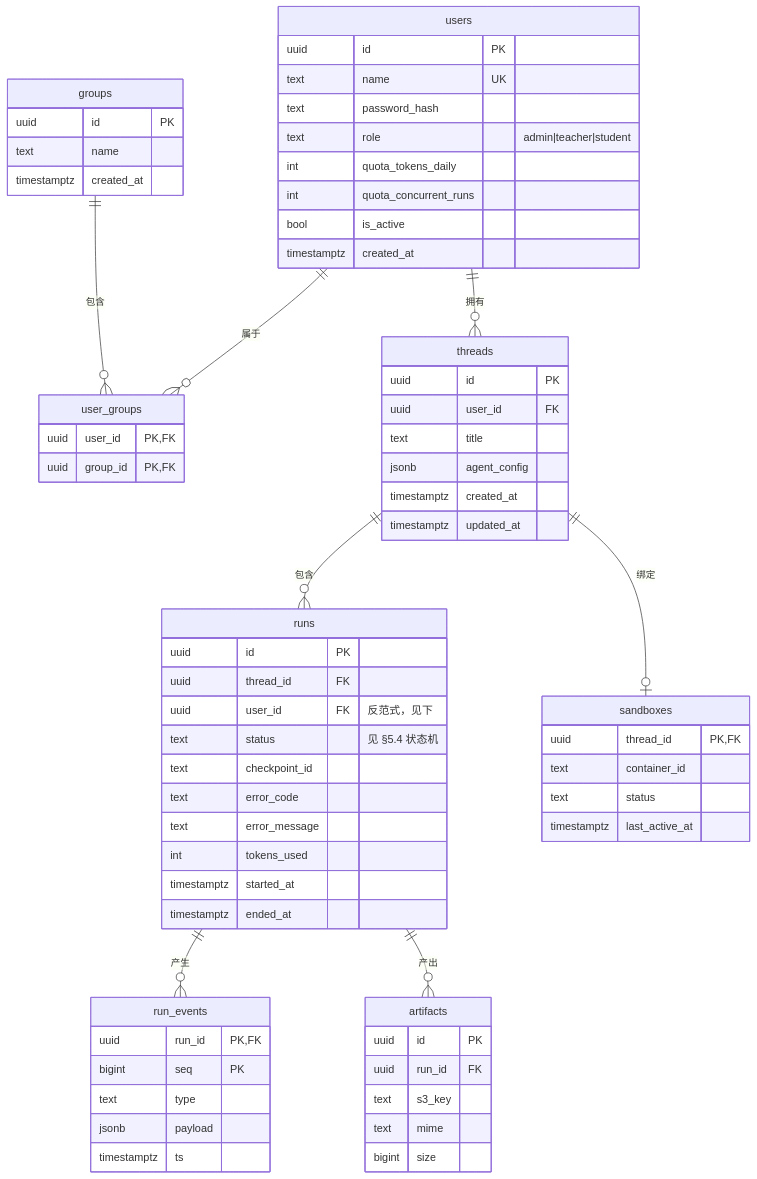
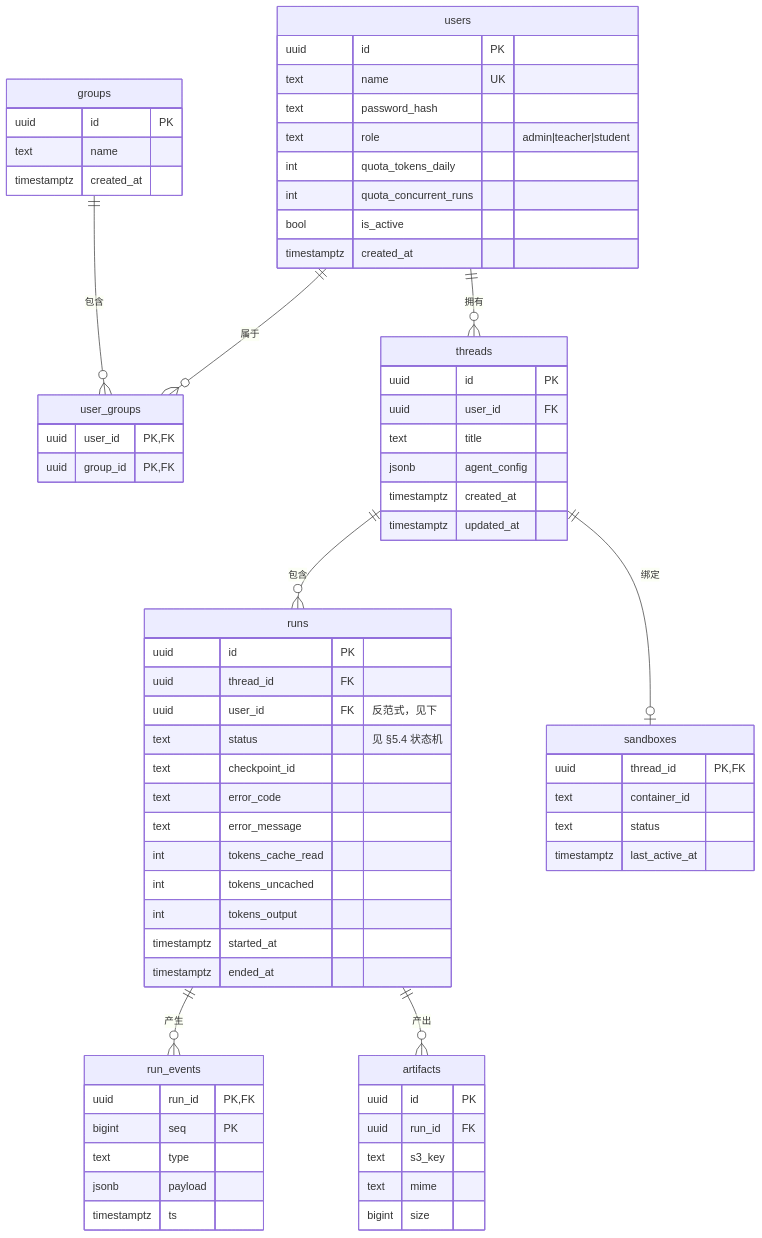
The fifth of 5 diagrams in doc/01design/01architecture.md (hxy2321548628/FinAgentPlatform), drawn with Mermaid before and after one commit. The commit also changed other lines of this file and 8 other files, not shown here.

````diff
--- a/doc/01design/01architecture.md
+++ b/doc/01design/01architecture.md
@@ -894,70 +894,72 @@
 ```mermaid
 erDiagram
     users ||--o{ user_groups : "属于"
     groups ||--o{ user_groups : "包含"
     users ||--o{ threads : "拥有"
     threads ||--o{ runs : "包含"
     runs ||--o{ run_events : "产生"
     runs ||--o{ artifacts : "产出"
     threads ||--o| sandboxes : "绑定"
 
     users {
         uuid id PK
         text name UK
         text password_hash
         text role "admin|teacher|student"
         int quota_tokens_daily
         int quota_concurrent_runs
         bool is_active
         timestamptz created_at
     }
     groups {
         uuid id PK
         text name
         timestamptz created_at
     }
     user_groups {
         uuid user_id PK,FK
         uuid group_id PK,FK
     }
     threads {
         uuid id PK
         uuid user_id FK
         text title
         jsonb agent_config
         timestamptz created_at
         timestamptz updated_at
     }
     runs {
         uuid id PK
         uuid thread_id FK
         uuid user_id FK "反范式，见下"
         text status "见 §5.4 状态机"
         text checkpoint_id
         text error_code
         text error_message
-        int tokens_used
+        int tokens_cache_read
+        int tokens_uncached
+        int tokens_output
         timestamptz started_at
         timestamptz ended_at
     }
     run_events {
         uuid run_id PK,FK
         bigint seq PK
         text type
         jsonb payload
         timestamptz ts
     }
     artifacts {
         uuid id PK
         uuid run_id FK
         text s3_key
         text mime
         bigint size
     }
     sandboxes {
         uuid thread_id PK,FK
         text container_id
         text status
         timestamptz last_active_at
     }
 ```
````
